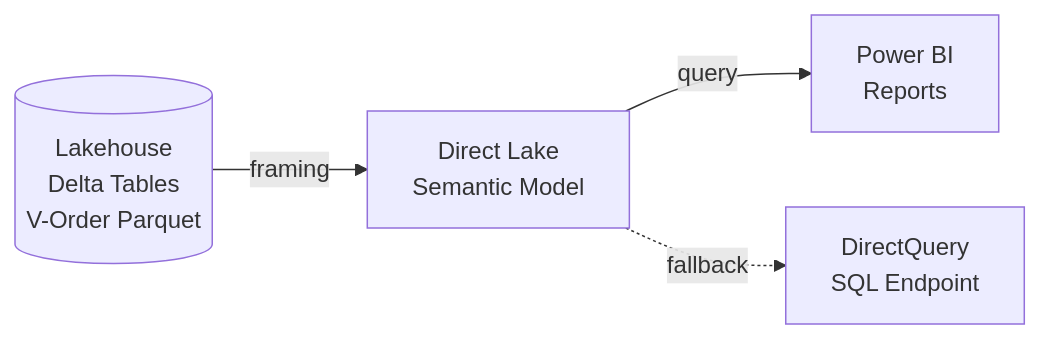
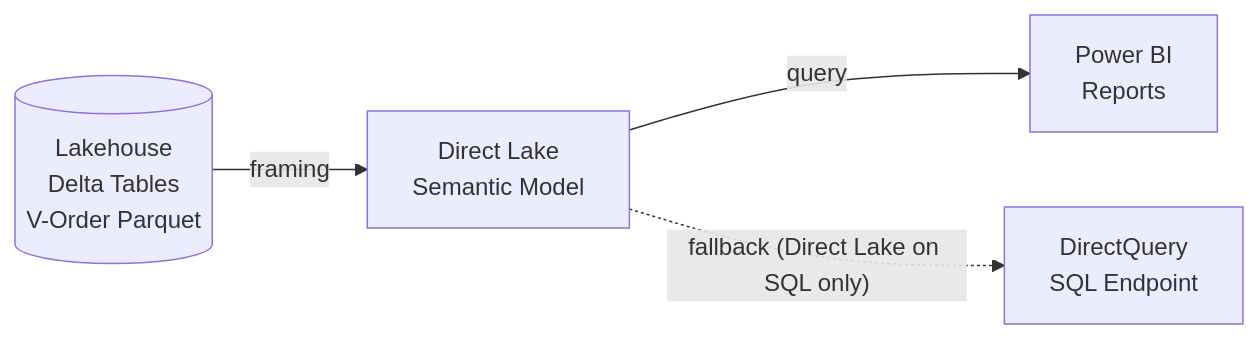
One commit to marcogrimaldi29/dp-600-study-notes changed the fourth of 4 diagrams in 03-implement-manage-semantic-models.md. Above: the diagram before and after it, drawn with Mermaid. The commit also changed other lines of this file and 3 other files, not shown here.

````diff
--- a/03-implement-manage-semantic-models.md
+++ b/03-implement-manage-semantic-models.md
@@ -405,6 +408,6 @@
 ```mermaid
 flowchart LR
     LH[(Lakehouse<br/>Delta Tables<br/>V-Order Parquet)] -- framing --> DL[Direct Lake<br/>Semantic Model]
     DL -- query --> PBI[Power BI<br/>Reports]
-    DL -. fallback .-> DQ[DirectQuery<br/>SQL Endpoint]
+    DL -. "fallback (Direct Lake on SQL only)" .-> DQ[DirectQuery<br/>SQL Endpoint]
 ```
````
